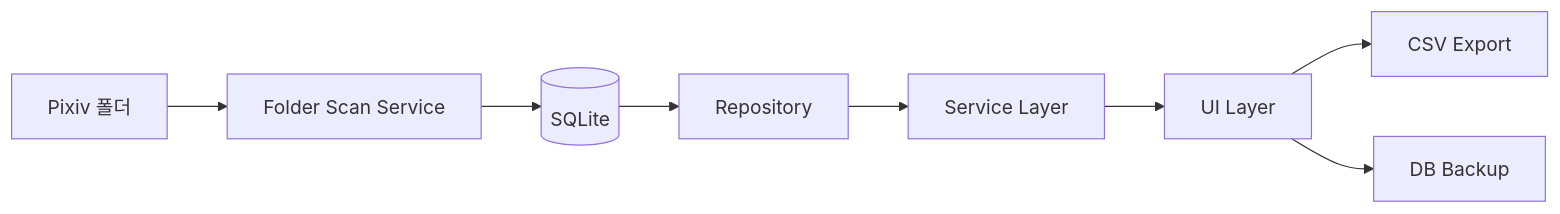
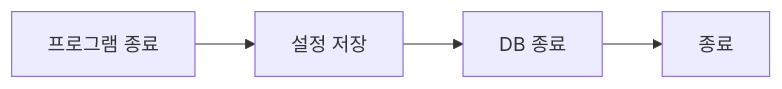
One commit to PKT0623/PixivLocalManager changed diagram 12 of 12 in docs/03_SYSTEM_FLOW.md. Above: the diagram before and after it, drawn with Mermaid. The commit also changed other lines of this file and 10 other files, not shown here.

````diff
--- a/docs/03_SYSTEM_FLOW.md
+++ b/docs/03_SYSTEM_FLOW.md
@@ -289,19 +258,10 @@
 ```mermaid
 flowchart LR
 
-FOLDER[Pixiv 폴더]
+A[프로그램 종료]
 
-FOLDER --> SCAN[Folder Scan Service]
+A --> B[설정 저장]
+B --> C[DB 종료]
 
-SCAN --> DB[(SQLite)]
-
-DB --> REPO[Repository]
-
-REPO --> SERVICE[Service Layer]
-
-SERVICE --> UI[UI Layer]
-
-UI --> CSV[CSV Export]
-
-UI --> BACKUP[DB Backup]
+C --> D[종료]
 ```
````
